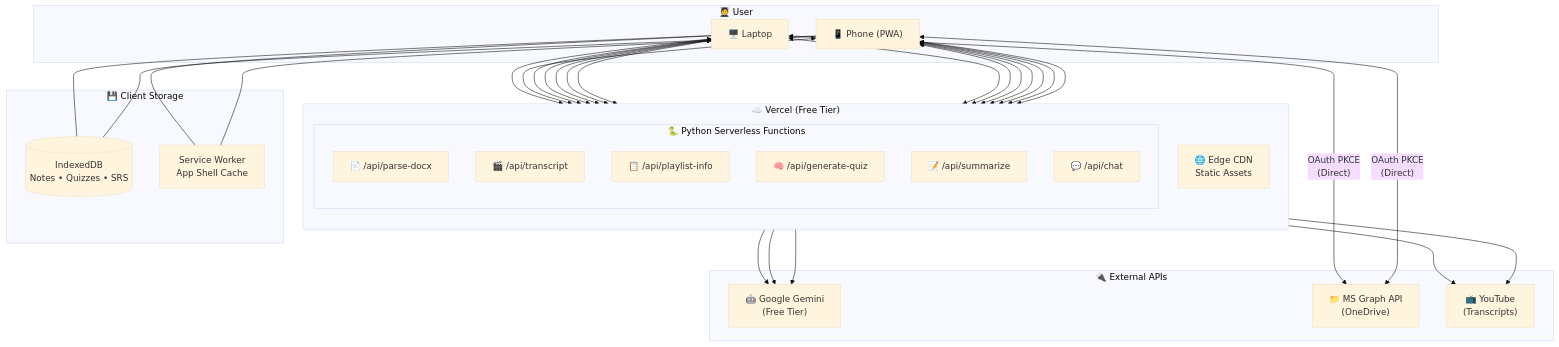
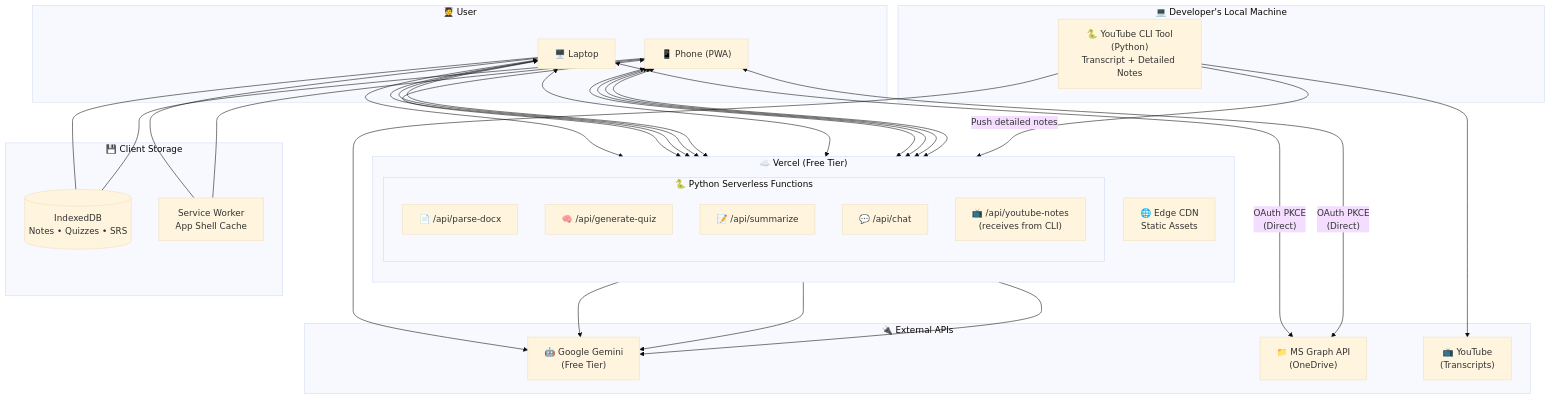
The first of 4 diagrams in documentation/design/high_level/06_design_overview.md (Strider221B/synapse-sync), drawn with Mermaid (base theme) before and after one commit. The commit also changed other lines of this file and 7 other files, not shown here.

````diff
--- a/documentation/design/high_level/06_design_overview.md
+++ b/documentation/design/high_level/06_design_overview.md
@@ -23,39 +23,44 @@
 ```mermaid
 graph TB
     subgraph "🧑‍🎓 User"
         LAPTOP["🖥️ Laptop"]
         PHONE["📱 Phone (PWA)"]
+    end
+
+    subgraph "💻 Developer's Local Machine"
+        CLI["🐍 YouTube CLI Tool<br/>(Python)<br/>Transcript + Detailed Notes"]
     end
 
     subgraph "☁️ Vercel (Free Tier)"
         direction TB
         CDN["🌐 Edge CDN<br/>Static Assets"]
         
         subgraph "🐍 Python Serverless Functions"
             FN1["📄 /api/parse-docx"]
-            FN2["🎬 /api/transcript"]
-            FN3["📋 /api/playlist-info"]
             FN4["🧠 /api/generate-quiz"]
             FN5["📝 /api/summarize"]
             FN6["💬 /api/chat"]
+            FN7["📺 /api/youtube-notes<br/>(receives from CLI)"]
         end
     end
 
     subgraph "🔌 External APIs"
         GEMINI["🤖 Google Gemini<br/>(Free Tier)"]
         GRAPH["📁 MS Graph API<br/>(OneDrive)"]
         YT["📺 YouTube<br/>(Transcripts)"]
     end
 
     subgraph "💾 Client Storage"
         IDB[("IndexedDB<br/>Notes • Quizzes • SRS")]
         SW["Service Worker<br/>App Shell Cache"]
     end
 
     LAPTOP & PHONE <--> CDN
-    LAPTOP & PHONE <--> FN1 & FN2 & FN3 & FN4 & FN5 & FN6
+    LAPTOP & PHONE <--> FN1 & FN4 & FN5 & FN6
     LAPTOP & PHONE <-->|"OAuth PKCE<br/>(Direct)"| GRAPH
-    FN2 & FN3 --> YT
+    CLI --> YT
+    CLI --> GEMINI
+    CLI -->|"Push detailed notes"| FN7
     FN4 & FN5 & FN6 --> GEMINI
     LAPTOP & PHONE --- IDB & SW
 ```
````
